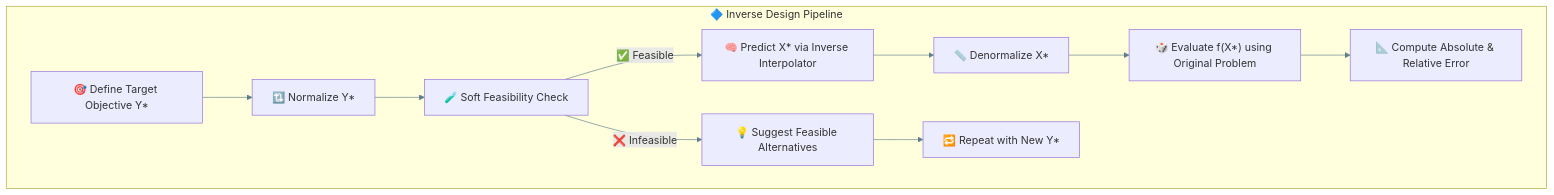
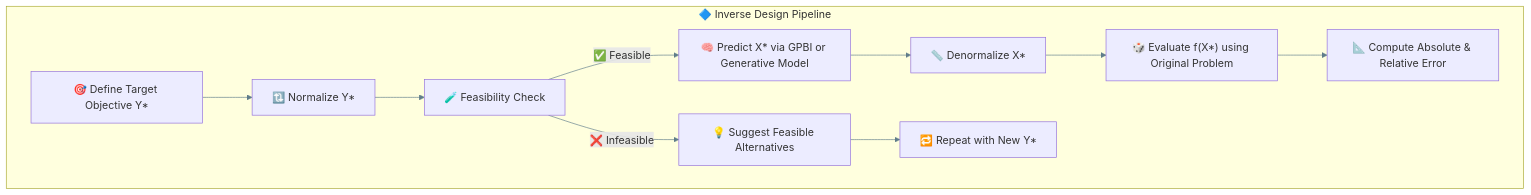
Before and after one commit to Nicola-Ibrahim/Tracing-Objectives-Backwards: the first of 5 diagrams in backend/docs/processes/inverse-design-pipeline.md, drawn with Mermaid. The commit also changed other lines of this file and 15 other files, not shown here.

````diff
--- a/backend/docs/processes/inverse-design-pipeline.md
+++ b/backend/docs/processes/inverse-design-pipeline.md
@@ -16,40 +16,40 @@
 ```mermaid
 %%{init: {
     "theme": "default",
     "themeVariables": {
         "primaryColor": "#5C6BC0",
         "primaryBorderColor": "#3949AB",
         "primaryTextColor": "#FFFFFF",
         "secondaryColor": "#81C784",
         "secondaryBorderColor": "#4CAF50",
         "secondaryTextColor": "#1B5E20",
         "tertiaryColor": "#FFB74D",
         "tertiaryBorderColor": "#FB8C00",
         "tertiaryTextColor": "#E65100",
         "lineColor": "#607D8B",
         "fontFamily": "Segoe UI, sans-serif"
     }
 }}%%
 graph TD
     subgraph "🔷 Inverse Design Pipeline"
         direction LR
         A["🎯 Define Target Objective Y*"]
         B["🔃 Normalize Y*"]
-        C["🧪 Soft Feasibility Check"]
-        D["🧠 Predict X* via Inverse Interpolator"]
+        C["🧪 Feasibility Check"]
+        D["🧠 Predict X* via GPBI or Generative Model"]
         E["📏 Denormalize X*"]
         F["🎲 Evaluate f(X*) using Original Problem"]
         G["📐 Compute Absolute & Relative Error"]
         H["💡 Suggest Feasible Alternatives"]
         I["🔁 Repeat with New Y*"]
 
         A --> B
         B --> C
         C -- "✅ Feasible" --> D
         D --> E
         E --> F
         F --> G
         C -- "❌ Infeasible" --> H
         H --> I
     end
 ```
````
